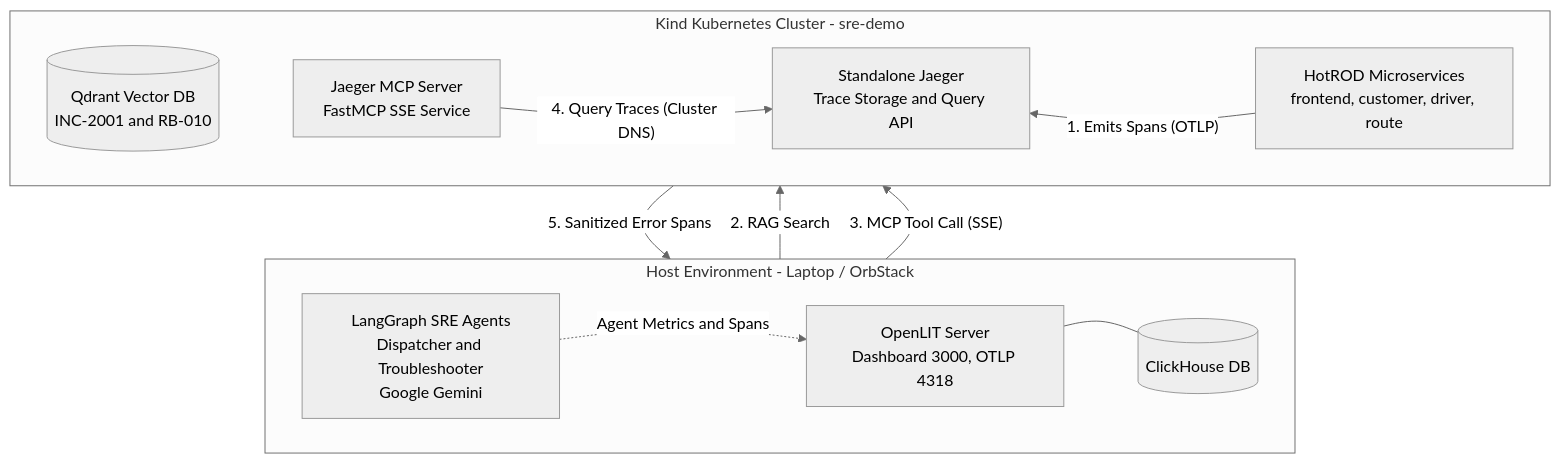
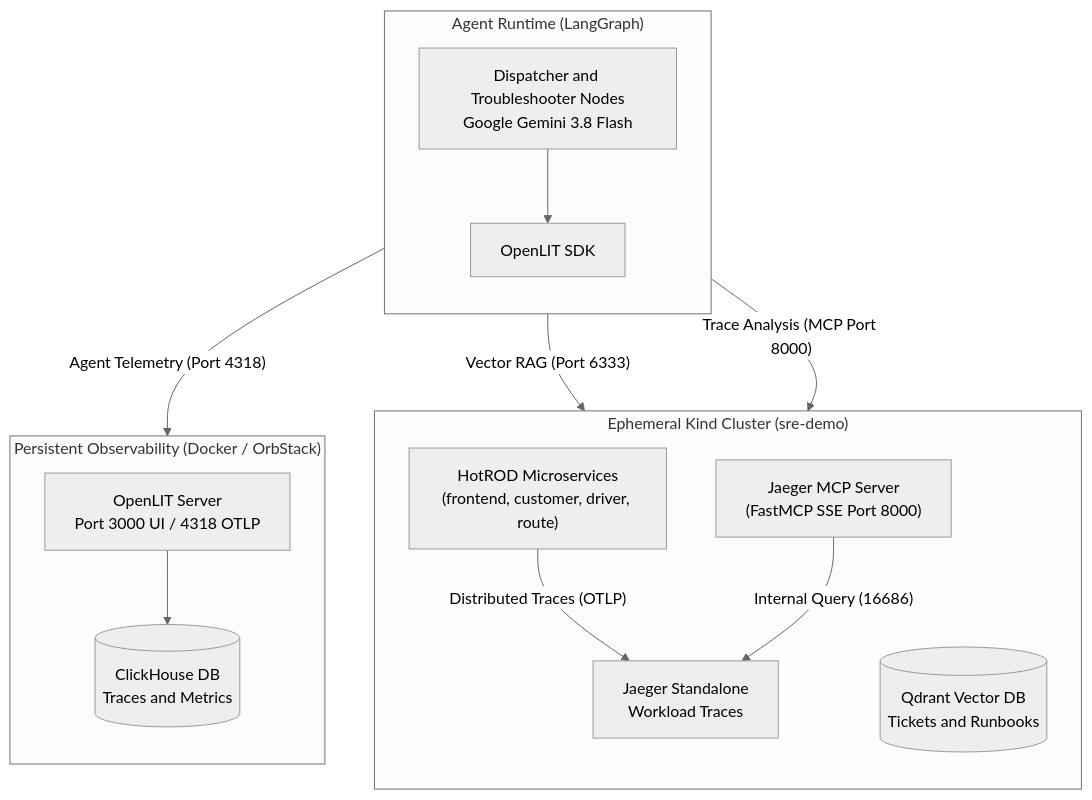
One commit to hbill75/observe-sre-triage-agent changed the diagram in README.md. Above: the diagram before and after it, drawn with Mermaid (neutral theme).

Commit message:
docs: Diagram fix 10

````diff
--- a/README.md
+++ b/README.md
@@ -9,29 +9,33 @@
 ```mermaid
 flowchart TD
-    subgraph Host_Environment [Host Environment - Laptop / OrbStack]
-        direction LR
-        AG["LangGraph SRE Agents<br>Dispatcher and Troubleshooter<br>Google Gemini"]
-        OL["OpenLIT Server<br>Dashboard 3000, OTLP 4318"]
-        CH[("ClickHouse DB")]
+    subgraph Ephemeral_Kind ["Ephemeral Kind Cluster (sre-demo)"]
+        direction TB
+        HR["HotROD Microservices<br>(frontend, customer, driver, route)"]
+        JG["Jaeger Standalone<br>Workload Traces"]
+        MCP["Jaeger MCP Server<br>(FastMCP SSE Port 8000)"]
+        QD[("Qdrant Vector DB<br>Tickets and Runbooks")]
 
-        AG -. "Agent Metrics and Spans" .-> OL
-        OL --- CH
-        AG ~~~ OL ~~~ CH
+        HR -->|"Distributed Traces (OTLP)"| JG
+        MCP -->|"Internal Query (16686)"| JG
     end
 
-    subgraph K8s_Cluster [Kind Kubernetes Cluster - sre-demo]
-        direction LR
-        QD[("Qdrant Vector DB<br>INC-2001 and RB-010")]
-        MCP["Jaeger MCP Server<br>FastMCP SSE Service"]
-        JG["Standalone Jaeger<br>Trace Storage and Query API"]
-        HR["HotROD Microservices<br>frontend, customer, driver, route"]
+    subgraph Agent_Runtime ["Agent Runtime (LangGraph)"]
+        direction TB
+        AG["Dispatcher and Troubleshooter Nodes<br>Google Gemini 3.8 Flash"]
+        SDK["OpenLIT SDK"]
 
-        QD ~~~ MCP ~~~ JG ~~~ HR
-        HR -->|"1. Emits Spans (OTLP)"| JG
-        MCP -->|"4. Query Traces (Cluster DNS)"| JG
+        AG --> SDK
     end
 
-    AG -->|"2. RAG Search"| QD
-    AG -->|"3. MCP Tool Call (SSE)"| MCP
-    MCP -->|"5. Sanitized Error Spans"| AG
+    subgraph Persistent_Obs ["Persistent Observability (Docker / OrbStack)"]
+        direction TB
+        OL["OpenLIT Server<br>Port 3000 UI / 4318 OTLP"]
+        CH[("ClickHouse DB<br>Traces and Metrics")]
+
+        OL --> CH
+    end
+
+    AG -->|"Vector RAG (Port 6333)"| QD
+    AG -->|"Trace Analysis (MCP Port 8000)"| MCP
+    SDK -->|"Agent Telemetry (Port 4318)"| OL
 ```
````
